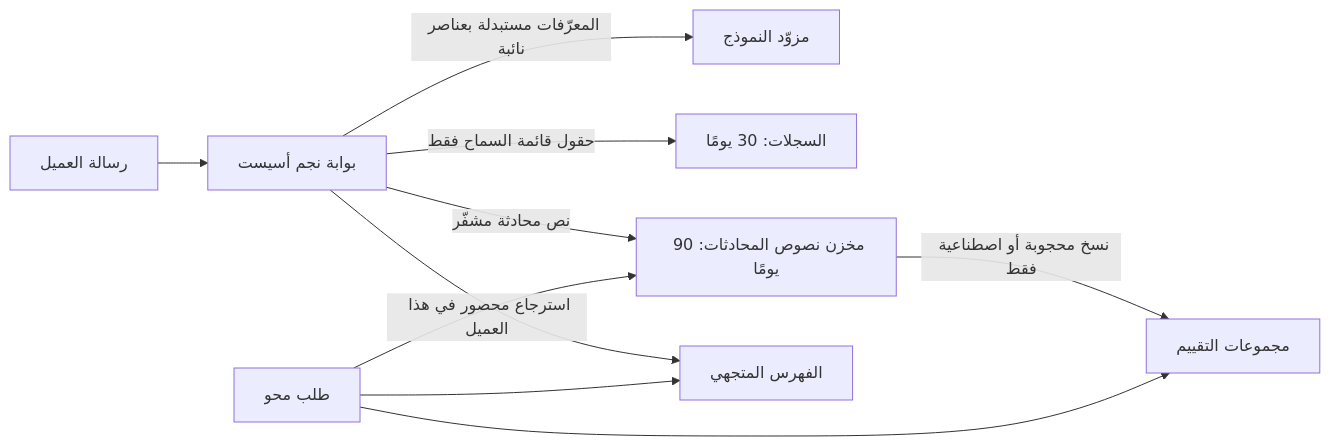
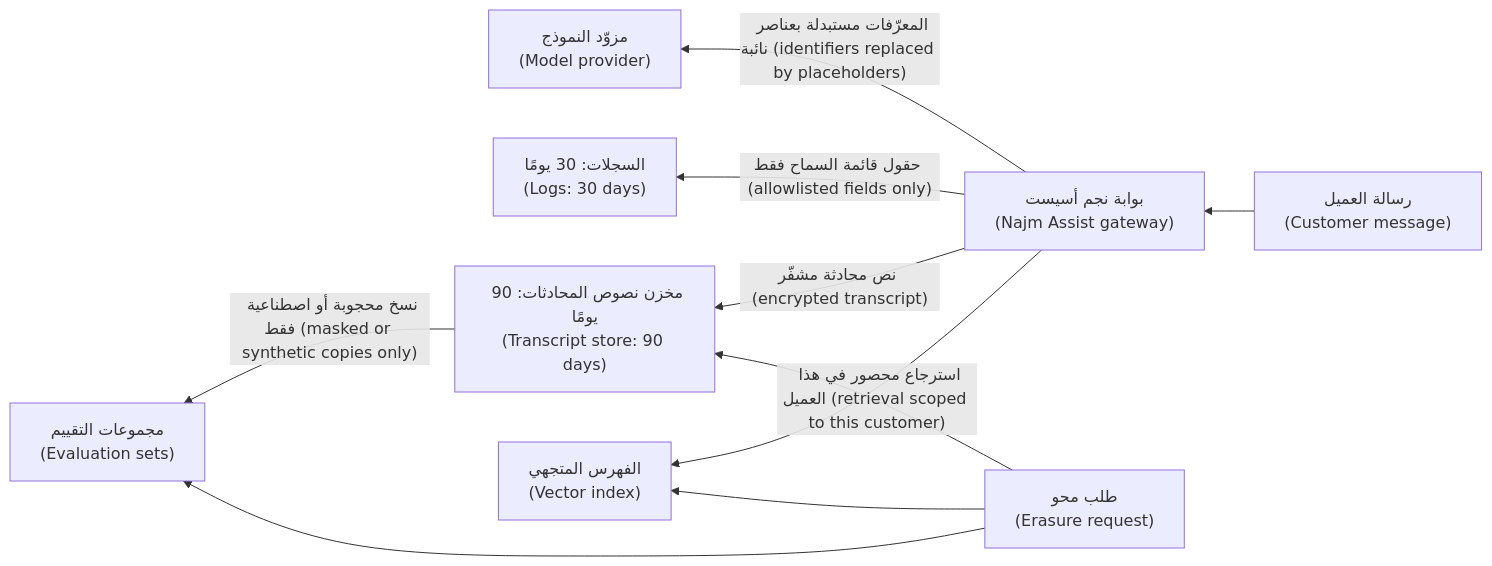
The third of 3 diagrams in secai/modules/05-data-crypto.ar.md (Tamoura/system-design-for-vibe-coders), drawn with Mermaid before and after one commit. The commit also changed other lines of this file and 11 other files, not shown here.

First line of the commit message:
Security course: Arabic modules 10–11 reviewed; RTL diagrams with English labels for modules 0–11

````diff
--- a/secai/modules/05-data-crypto.ar.md
+++ b/secai/modules/05-data-crypto.ar.md
@@ -605,12 +605,12 @@
 ```mermaid
-flowchart LR
-    U["رسالة العميل"] --> G["بوابة نجم أسيست"]
-    G -->|"المعرّفات مستبدلة بعناصر نائبة"| M["مزوّد النموذج"]
-    G -->|"حقول قائمة السماح فقط"| L["السجلات: 30 يومًا"]
-    G -->|"نص محادثة مشفّر"| T["مخزن نصوص المحادثات: 90 يومًا"]
-    T -->|"نسخ محجوبة أو اصطناعية فقط"| E["مجموعات التقييم"]
-    G -->|"استرجاع محصور في هذا العميل"| R["الفهرس المتجهي"]
-    D["طلب محو"] --> T
+flowchart RL
+    U["رسالة العميل<br/>(Customer message)"] --> G["بوابة نجم أسيست<br/>(Najm Assist gateway)"]
+    G -->|"المعرّفات مستبدلة بعناصر نائبة (identifiers replaced by placeholders)"| M["مزوّد النموذج<br/>(Model provider)"]
+    G -->|"حقول قائمة السماح فقط (allowlisted fields only)"| L["السجلات: 30 يومًا<br/>(Logs: 30 days)"]
+    G -->|"نص محادثة مشفّر (encrypted transcript)"| T["مخزن نصوص المحادثات: 90 يومًا<br/>(Transcript store: 90 days)"]
+    T -->|"نسخ محجوبة أو اصطناعية فقط (masked or synthetic copies only)"| E["مجموعات التقييم<br/>(Evaluation sets)"]
+    G -->|"استرجاع محصور في هذا العميل (retrieval scoped to this customer)"| R["الفهرس المتجهي<br/>(Vector index)"]
+    D["طلب محو<br/>(Erasure request)"] --> T
     D --> R
     D --> E
 ```
````
